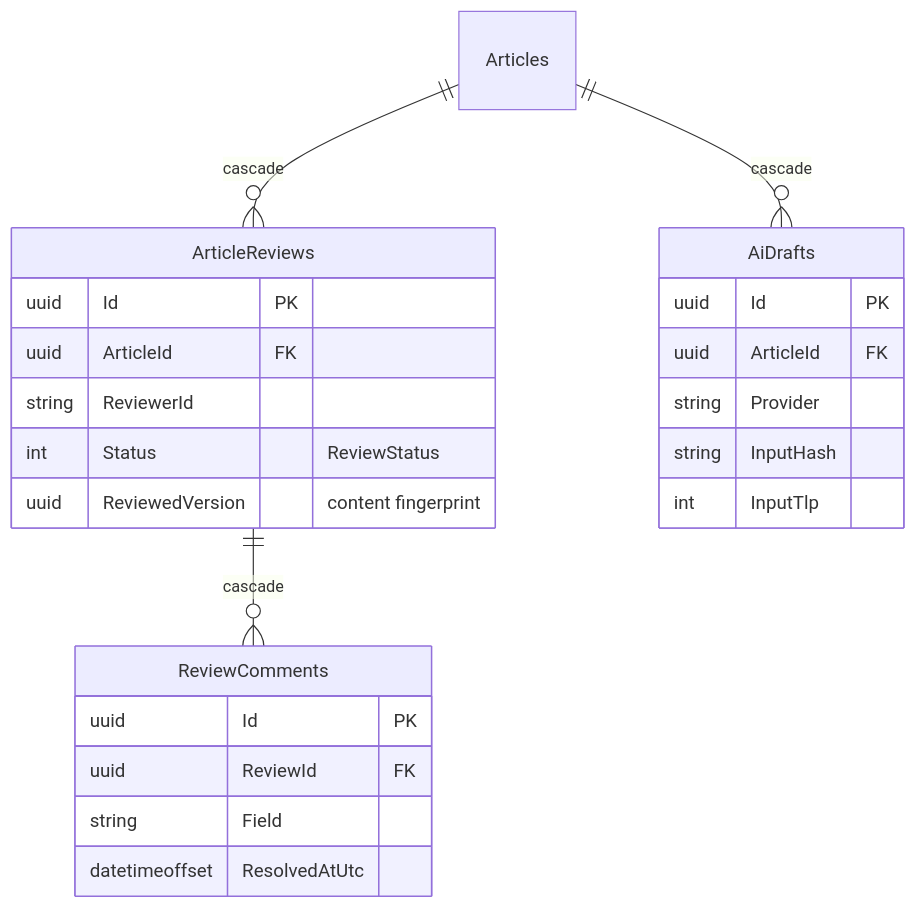
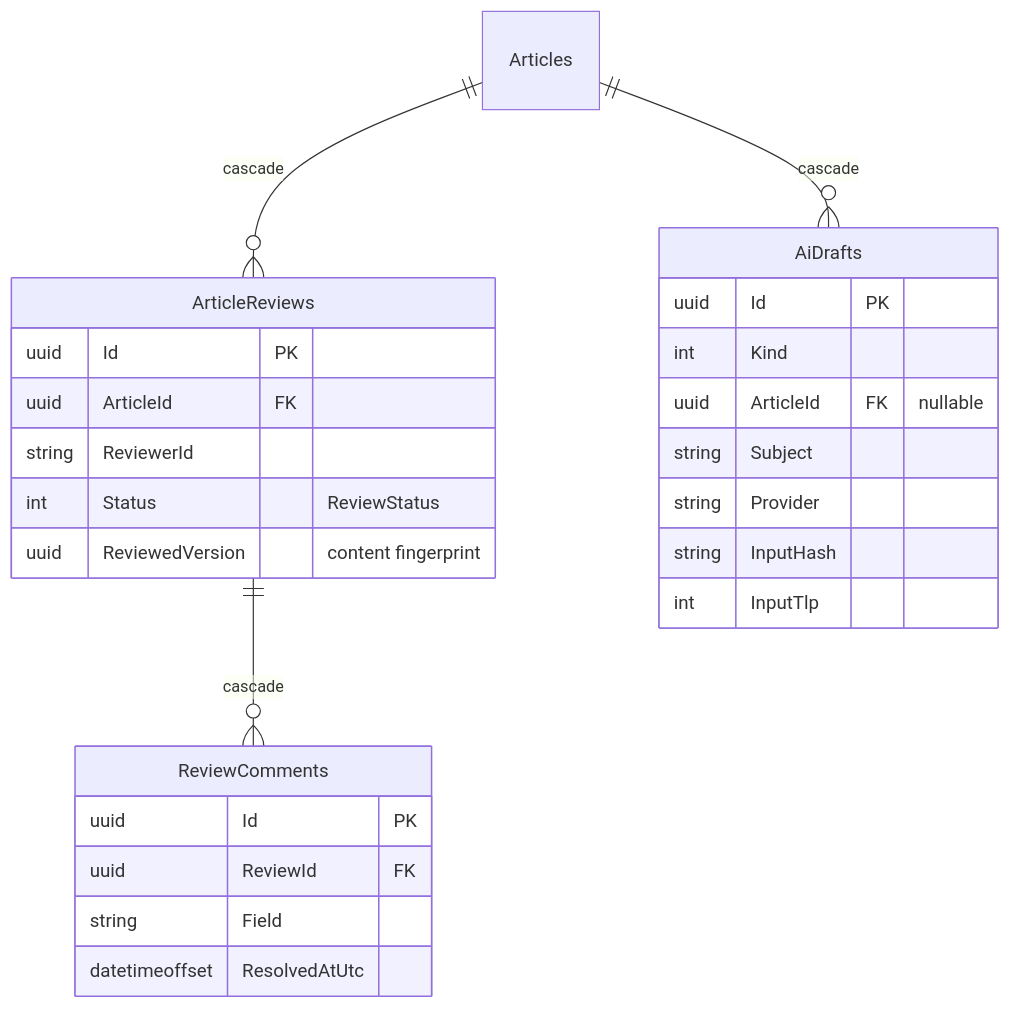
One commit to jashley92/Tide changed the third of 12 diagrams in docs/architecture/data-model.md. Above: the diagram before and after it, drawn with Mermaid. The commit also changed other lines of this file and 29 other files, not shown here.

````diff
--- a/docs/architecture/data-model.md
+++ b/docs/architecture/data-model.md
@@ -195,27 +195,29 @@
 ```mermaid
 erDiagram
     Articles ||--o{ ArticleReviews : "cascade"
     ArticleReviews ||--o{ ReviewComments : "cascade"
     Articles ||--o{ AiDrafts : "cascade"
 
     ArticleReviews {
         uuid Id PK
         uuid ArticleId FK
         string ReviewerId
         int Status "ReviewStatus"
         uuid ReviewedVersion "content fingerprint"
     }
     ReviewComments {
         uuid Id PK
         uuid ReviewId FK
         string Field
         datetimeoffset ResolvedAtUtc
     }
     AiDrafts {
         uuid Id PK
-        uuid ArticleId FK
+        int Kind
+        uuid ArticleId FK "nullable"
+        string Subject
         string Provider
         string InputHash
         int InputTlp
     }
 ```
````
